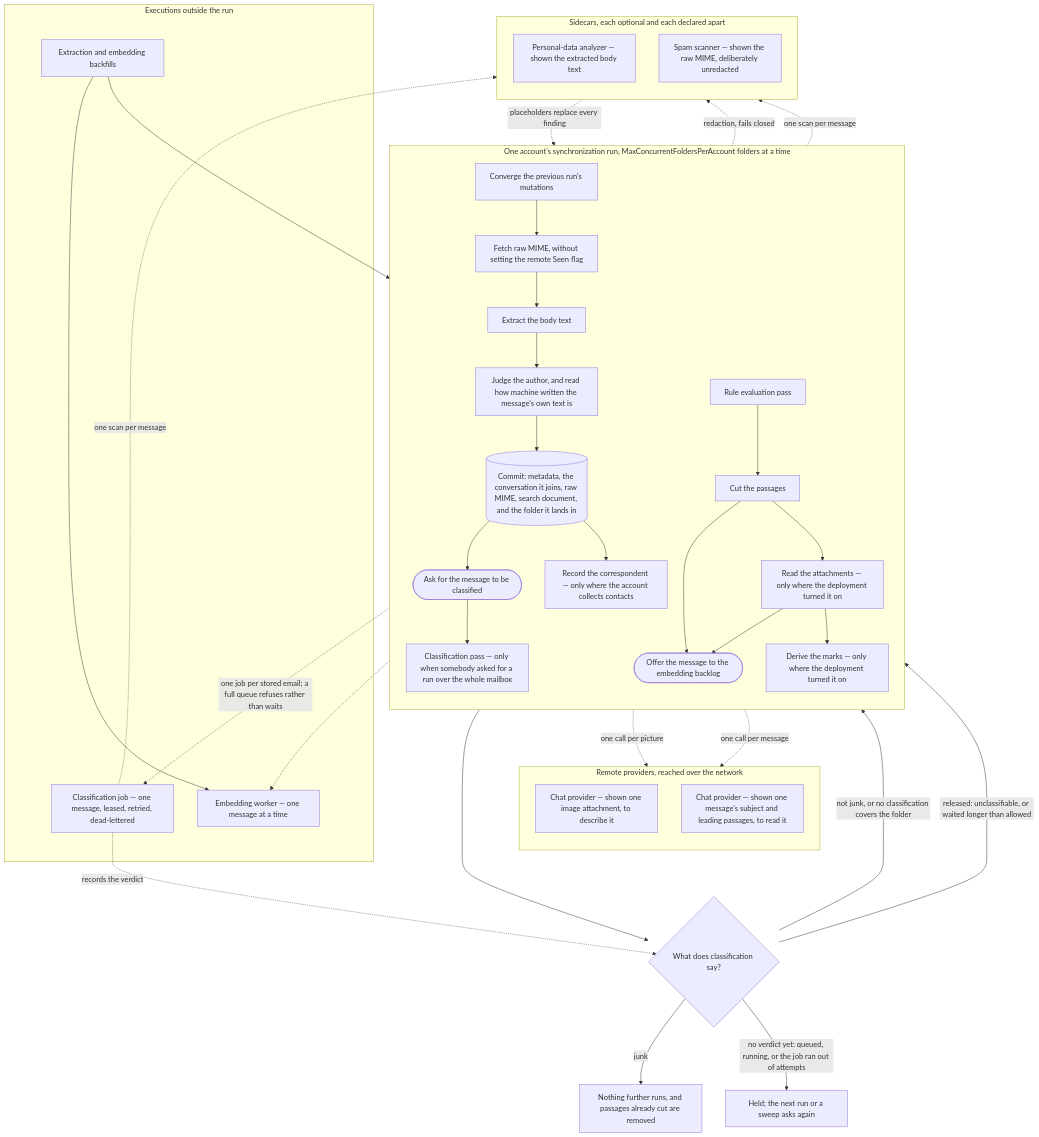
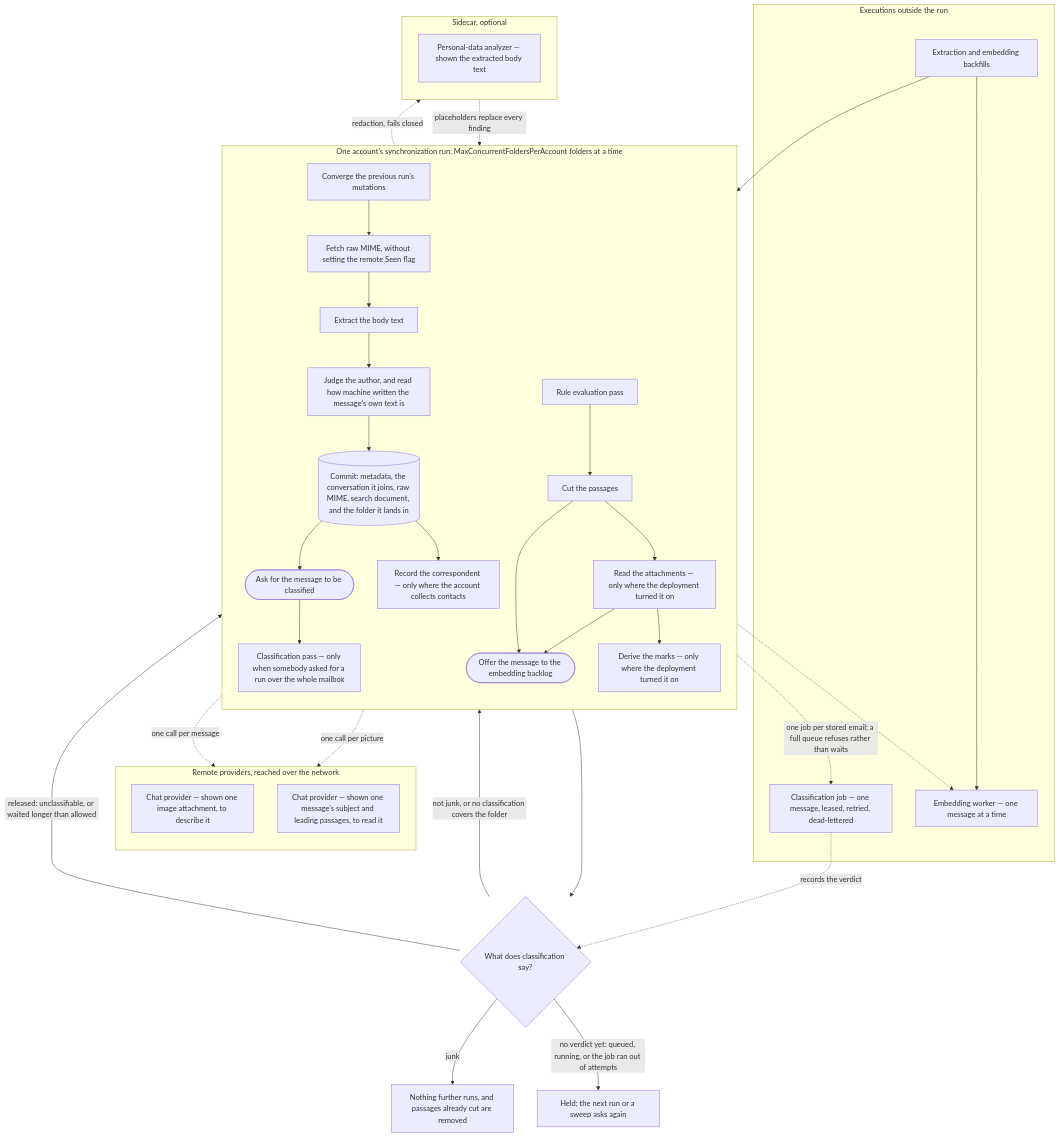
The diagram in docs/architecture/arrival-pipeline.md (fathomise/MailFathom), drawn with Mermaid before and after one commit. The commit also changed other lines of this file and 17 other files, not shown here.

Commit message:
Describe spam classification without the scanner stage

````diff
--- a/docs/architecture/arrival-pipeline.md
+++ b/docs/architecture/arrival-pipeline.md
@@ -16,64 +16,61 @@
 ```mermaid
 flowchart TD
     subgraph run["One account's synchronization run, MaxConcurrentFoldersPerAccount folders at a time"]
         direction TB
         converge["Converge the previous run's mutations"]
         fetch["Fetch raw MIME, without setting the remote Seen flag"]
         extract["Extract the body text"]
         judge["Judge the author, and read how machine written the message's own text is"]
         commit[("Commit: metadata, the conversation it joins, raw MIME, search document, and the folder it lands in")]
         ask(["Ask for the message to be classified"])
         collect["Record the correspondent — only where the account collects contacts"]
         classify["Classification pass — only when somebody asked for a run over the whole mailbox"]
         rules["Rule evaluation pass"]
         cut["Cut the passages"]
         read["Read the attachments — only where the deployment turned it on"]
         offer(["Offer the message to the embedding backlog"])
         enrich["Derive the marks — only where the deployment turned it on"]
     end
 
-    subgraph sidecars["Sidecars, each optional and each declared apart"]
+    subgraph sidecars["Sidecar, optional"]
         direction TB
         presidio["Personal-data analyzer — shown the extracted body text"]
-        spamd["Spam scanner — shown the raw MIME, deliberately unredacted"]
     end
 
     subgraph remote["Remote providers, reached over the network"]
         direction TB
         vision["Chat provider — shown one image attachment, to describe it"]
         enricher["Chat provider — shown one message's subject and leading passages, to read it"]
     end
 
     subgraph elsewhere["Executions outside the run"]
         job["Classification job — one message, leased, retried, dead-lettered"]
         worker["Embedding worker — one message at a time"]
         sweeps["Extraction and embedding backfills"]
     end
 
     converge --> fetch --> extract --> judge
     judge -. "redaction, fails closed" .-> presidio
     presidio -. "placeholders replace every finding" .-> judge
     judge --> commit
     commit --> ask
     commit --> collect
     ask -. "one job per stored email; a full queue refuses rather than waits" .-> job
     ask --> classify
-    job -. "one scan per message" .-> spamd
-    classify -. "one scan per message" .-> spamd
     job -. "records the verdict" .-> gate
     classify --> gate{"What does classification say?"}
     gate -- "junk" --> withheld["Nothing further runs, and passages already cut are removed"]
     gate -- "not junk, or no classification covers the folder" --> rules
     gate -- "no verdict yet: queued, running, or the job ran out of attempts" --> held["Held; the next run or a sweep asks again"]
     gate -- "released: unclassifiable, or waited longer than allowed" --> rules
     rules --> cut
     cut --> offer
     cut --> read
     read --> offer
     read -. "one call per picture" .-> vision
     read --> enrich
     enrich -. "one call per message" .-> enricher
     offer -.-> worker
     sweeps --> cut
     sweeps --> worker
 ```
````
